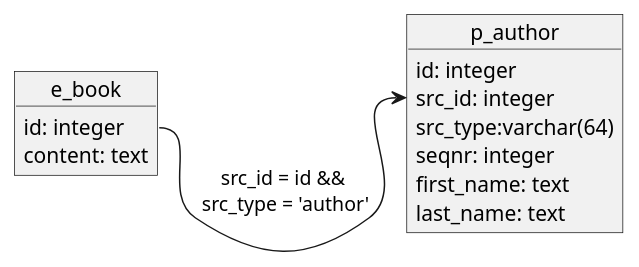
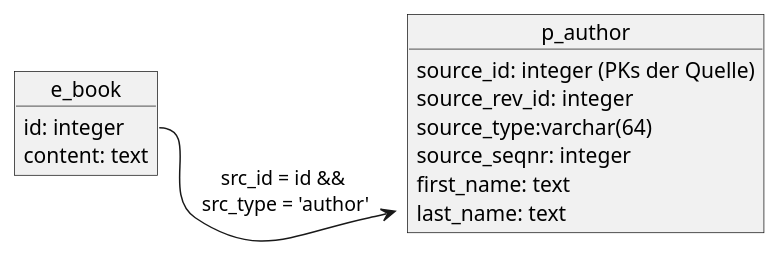
One commit to typexs/typexs-schema changed the fourth of 6 diagrams in docs/de/home.adoc. Above: the diagram before and after it, drawn with PlantUML. The commit also changed other lines of this file and 6 other files, not shown here.

```diff
--- a/docs/de/home.adoc
+++ b/docs/de/home.adoc
@@ -360,18 +362,18 @@
 [plantuml, images/erm_04_schema_with_join, png]
 ....
 object p_author {
-  id: integer
-  src_id: integer
-  src_type:varchar(64)
-  seqnr: integer
+  source_id: integer (PKs der Quelle)
+  source_rev_id: integer
+  source_type:varchar(64)
+  source_seqnr: integer
   first_name: text
   last_name: text
 }
 
 object e_book {
   id: integer
   content: text
 }
 
 e_book::id -right-> p_author::src_id : "src_id = id &&\n src_type = 'author'"
 ....
```
